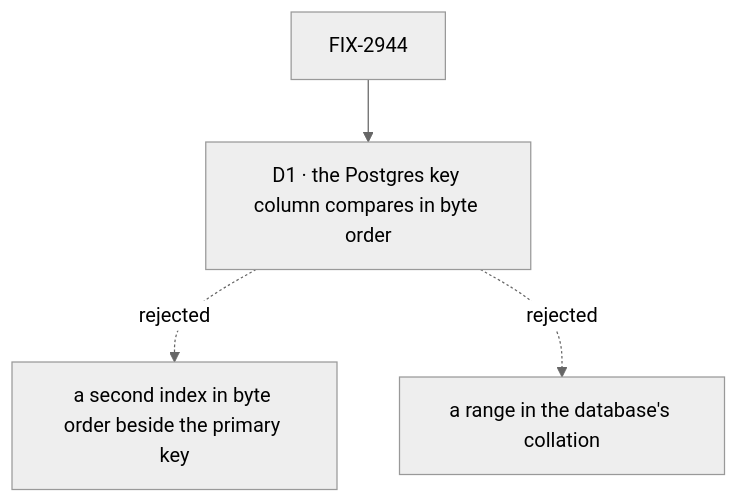
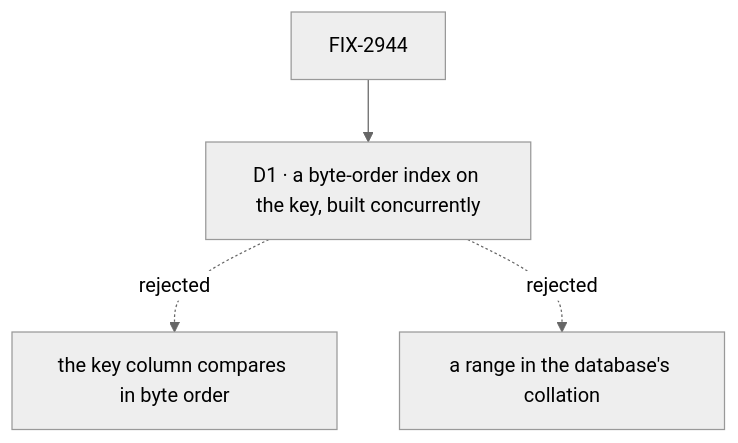
Before and after one commit to fixpoint-labs/flow-state-dev: the diagram in specs/issues/FIX-2944/DECISIONS.md, drawn with Mermaid (neutral theme). The commit also changed other lines of this file and 15 other files, not shown here.

````diff
--- a/specs/issues/FIX-2944/DECISIONS.md
+++ b/specs/issues/FIX-2944/DECISIONS.md
@@ -9,6 +9,6 @@
 ```mermaid
 flowchart TD
-  I["FIX-2944"] --> D1["D1 · the Postgres key column compares in byte order"]
-  D1 -.->|"rejected"| X1["a second index in byte order beside the primary key"]
+  I["FIX-2944"] --> D1["D1 · a byte-order index on the key, built concurrently"]
+  D1 -.->|"rejected"| X1["the key column compares in byte order"]
   D1 -.->|"rejected"| X2["a range in the database's collation"]
 ```
````
